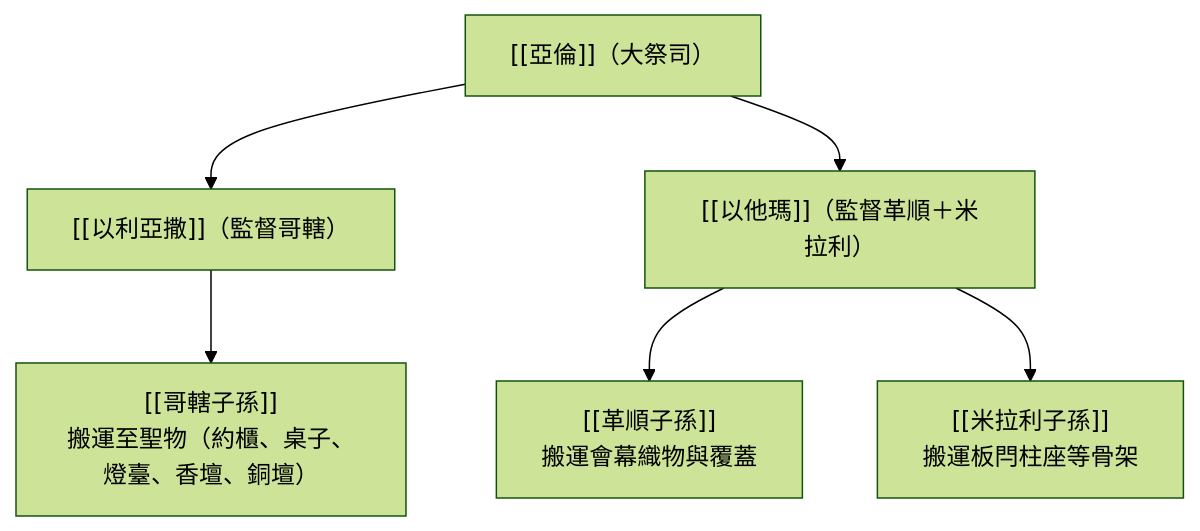
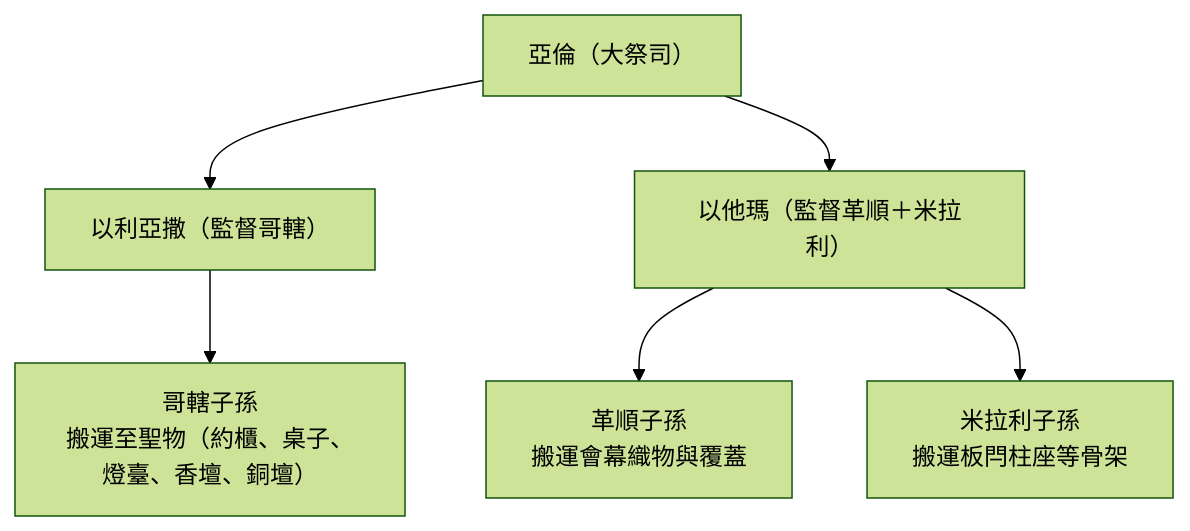
One commit to andyjr5566/Bible_wiki_zh changed the diagram in 04 民數記/第4章.md. Above: the diagram before and after it, drawn with Mermaid (forest theme). The commit also changed 52 other files, not shown here.

````diff
--- a/04 民數記/第4章.md
+++ b/04 民數記/第4章.md
@@ -141,8 +141,8 @@
 ```mermaid
 flowchart TD
-    A["[[亞倫]]（大祭司）"] --> B["[[以利亞撒]]（監督哥轄）"]
-    A --> C["[[以他瑪]]（監督革順＋米拉利）"]
-    B --> D["[[哥轄子孫]]\n搬運至聖物（約櫃、桌子、燈臺、香壇、銅壇）"]
-    C --> E["[[革順子孫]]\n搬運會幕織物與覆蓋"]
-    C --> F["[[米拉利子孫]]\n搬運板閂柱座等骨架"]
+    A["亞倫（大祭司）"] --> B["以利亞撒（監督哥轄）"]
+    A --> C["以他瑪（監督革順＋米拉利）"]
+    B --> D["哥轄子孫\n搬運至聖物（約櫃、桌子、燈臺、香壇、銅壇）"]
+    C --> E["革順子孫\n搬運會幕織物與覆蓋"]
+    C --> F["米拉利子孫\n搬運板閂柱座等骨架"]
 ```
````
